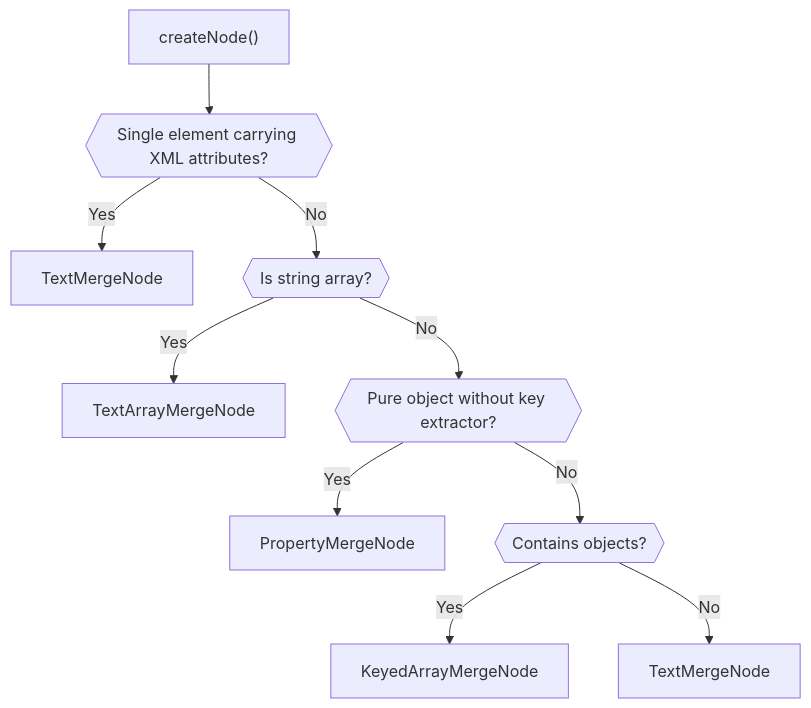
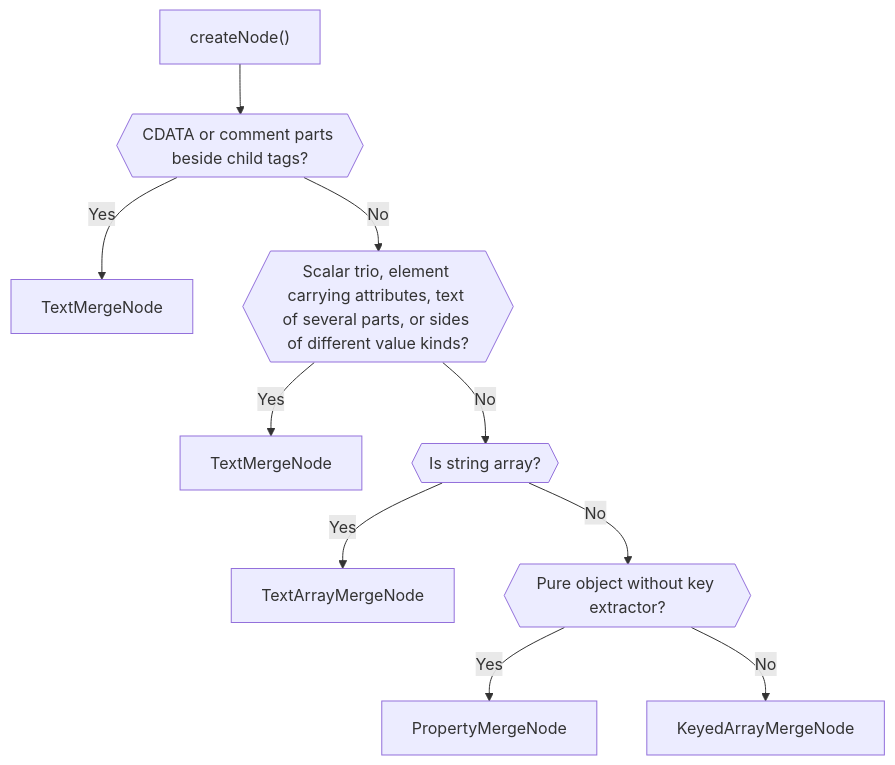
One commit to scolladon/sf-git-merge-driver changed the third of 7 diagrams in DESIGN.md. Above: the diagram before and after it, drawn with Mermaid. The commit also changed other lines of this file and 2 other files, not shown here.

Commit message:
docs: describe the merge doctrines and the refused input

````diff
--- a/DESIGN.md
+++ b/DESIGN.md
@@ -69,12 +69,12 @@
 ```mermaid
 flowchart TD
-    Start["createNode()"] --> HasAttrs{{"Single element carrying XML attributes?"}}
-    HasAttrs -->|Yes| AttrText["TextMergeNode"]
-    HasAttrs -->|No| IsStringArray{{"Is string array?"}}
+    Start["createNode()"] --> IsContent{{"CDATA or comment parts beside child tags?"}}
+    IsContent -->|Yes| ContentText["TextMergeNode"]
+    IsContent -->|No| IsSingle{{"Scalar trio, element carrying attributes, text of several parts, or sides of different value kinds?"}}
+    IsSingle -->|Yes| ValueText["TextMergeNode"]
+    IsSingle -->|No| IsStringArray{{"Is string array?"}}
     IsStringArray -->|Yes| TextArray["TextArrayMergeNode"]
     IsStringArray -->|No| IsPureObject{{"Pure object without key extractor?"}}
     IsPureObject -->|Yes| Object["PropertyMergeNode"]
-    IsPureObject -->|No| IsObject{{"Contains objects?"}}
-    IsObject -->|Yes| KeyedArray["KeyedArrayMergeNode"]
-    IsObject -->|No| Text["TextMergeNode"]
+    IsPureObject -->|No| KeyedArray["KeyedArrayMergeNode"]
 ```
````
